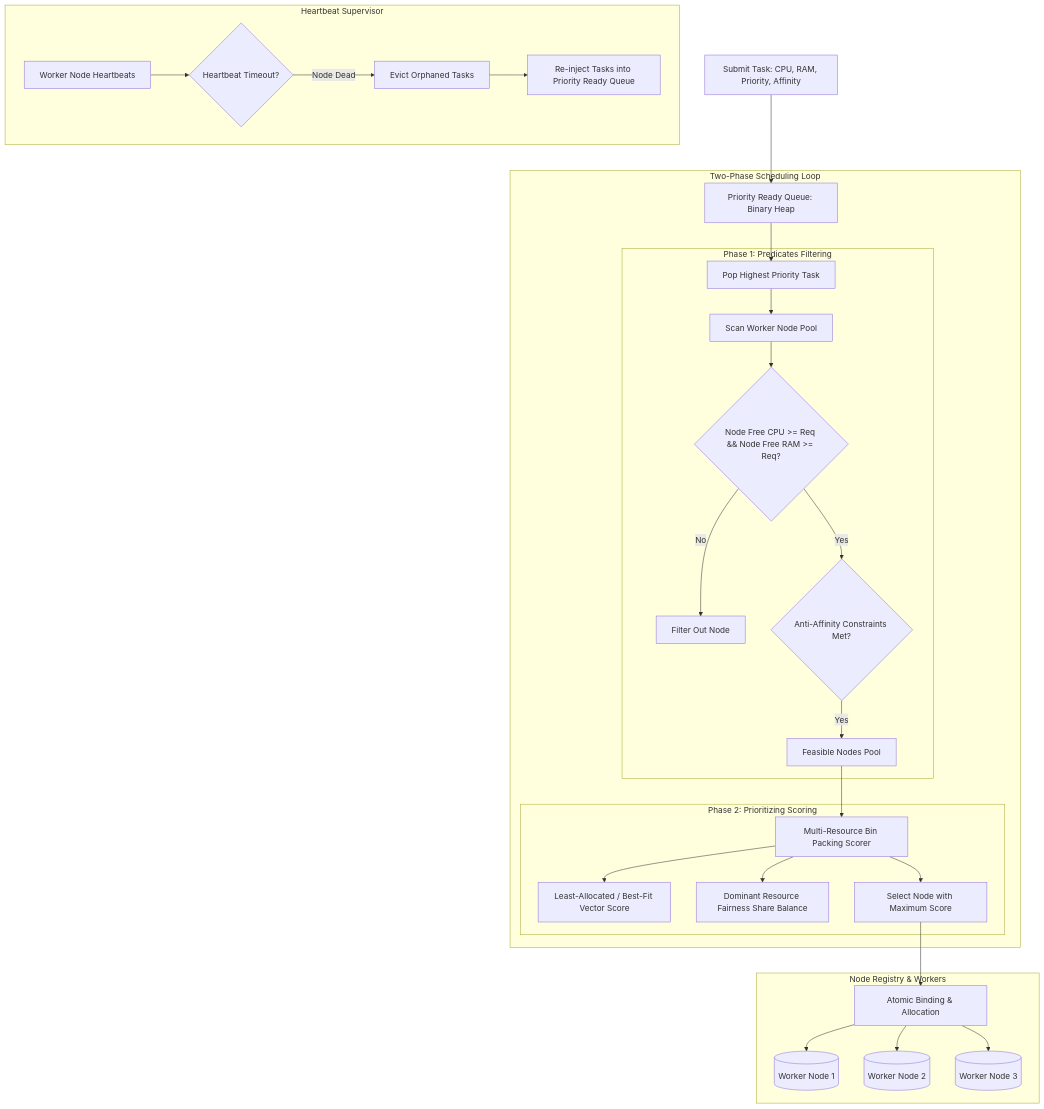
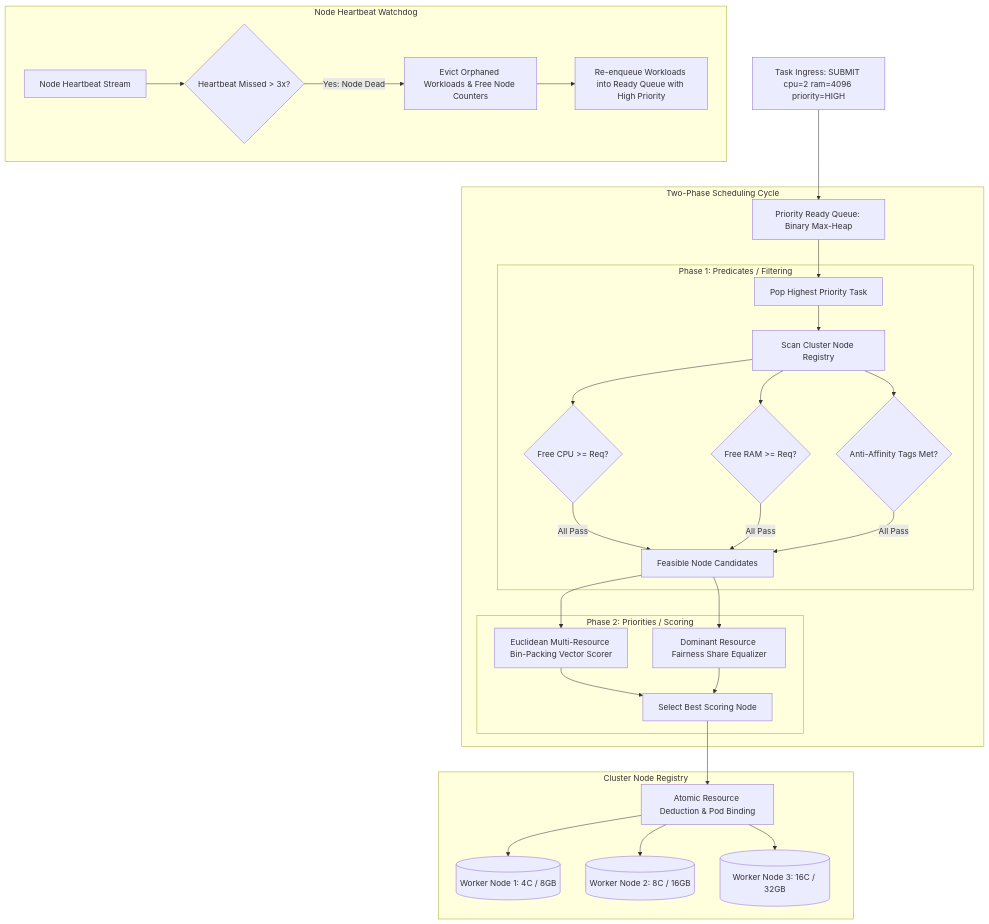
Before and after one commit to PandiaJason/ALGO: the ninth of 12 diagrams in CHALLENGES_ARCHITECTURE.md, drawn with Mermaid. The commit also changed other lines of this file and 12 other files, not shown here.

Commit message:
refactor(curriculum): reframe challenges with honest systems engineering archetypes, flowcharts, and experimental benchmarks

````diff
--- a/CHALLENGES_ARCHITECTURE.md
+++ b/CHALLENGES_ARCHITECTURE.md
@@ -601,36 +639,35 @@
 ```mermaid
 flowchart TD
-    Client[Submit Task: CPU, RAM, Priority, Affinity] --> ReadyQueue[Priority Ready Queue: Binary Heap]
+    Submit[Task Ingress: SUBMIT cpu=2 ram=4096 priority=HIGH] --> ReadyQueue[Priority Ready Queue: Binary Max-Heap]
     
-    subgraph Scheduling Pipeline [Two-Phase Scheduling Loop]
-        ReadyQueue --> Dequeue[Pop Highest Priority Task]
+    subgraph SchedulingPipeline [Two-Phase Scheduling Cycle]
+        ReadyQueue --> PopTask[Pop Highest Priority Task]
         
-        subgraph Phase 1: Predicates Filtering
-            Dequeue --> FilterNodes[Scan Worker Node Pool]
-            FilterNodes --> CapCheck{Node Free CPU >= Req && Node Free RAM >= Req?}
-            CapCheck -->|No| RejectNode[Filter Out Node]
-            CapCheck -->|Yes| AffinityCheck{Anti-Affinity Constraints Met?}
-            AffinityCheck -->|Yes| FeasibleNodes[Feasible Nodes Pool]
+        subgraph Phase1_Filter [Phase 1: Predicates / Filtering]
+            PopTask --> ScanNodes[Scan Cluster Node Registry]
+            ScanNodes --> CheckCPU{Free CPU >= Req?}
+            ScanNodes --> CheckRAM{Free RAM >= Req?}
+            ScanNodes --> CheckAffinity{Anti-Affinity Tags Met?}
+            CheckCPU & CheckRAM & CheckAffinity -->|All Pass| FeasiblePool[Feasible Node Candidates]
         end
 
-        subgraph Phase 2: Prioritizing Scoring
-            FeasibleNodes --> Scorer[Multi-Resource Bin Packing Scorer]
-            Scorer --> LeastAlloc[Least-Allocated / Best-Fit Vector Score]
-            Scorer --> DRF[Dominant Resource Fairness Share Balance]
-            Scorer --> Winner[Select Node with Maximum Score]
+        subgraph Phase2_Score [Phase 2: Priorities / Scoring]
+            FeasiblePool --> BinPackScorer[Euclidean Multi-Resource Bin-Packing Vector Scorer]
+            FeasiblePool --> DRFScorer[Dominant Resource Fairness Share Equalizer]
+            BinPackScorer & DRFScorer --> MaxScoreNode[Select Best Scoring Node]
         end
     end
 
-    subgraph Cluster State [Node Registry & Workers]
-        Winner --> Bind[Atomic Binding & Allocation]
-        Bind --> Node1[(Worker Node 1)]
-        Bind --> Node2[(Worker Node 2)]
-        Bind --> Node3[(Worker Node 3)]
+    subgraph ClusterExecution [Cluster Node Registry]
+        MaxScoreNode --> AtomicBind[Atomic Resource Deduction & Pod Binding]
+        AtomicBind --> Node1[(Worker Node 1: 4C / 8GB)]
+        AtomicBind --> Node2[(Worker Node 2: 8C / 16GB)]
+        AtomicBind --> Node3[(Worker Node 3: 16C / 32GB)]
     end
 
-    subgraph Fault Recovery [Heartbeat Supervisor]
-        Heartbeats[Worker Node Heartbeats] --> FailureDetector{Heartbeat Timeout?}
-        FailureDetector -->|Node Dead| Eviction[Evict Orphaned Tasks]
-        Eviction --> Requeue[Re-inject Tasks into Priority Ready Queue]
+    subgraph FaultResilience [Node Heartbeat Watchdog]
+        Heartbeats[Node Heartbeat Stream] --> TimeoutDetector{Heartbeat Missed > 3x?}
+        TimeoutDetector -->|Yes: Node Dead| EvictOrphans[Evict Orphaned Workloads & Free Node Counters]
+        EvictOrphans --> PriorityRequeue[Re-enqueue Workloads into Ready Queue with High Priority]
     end
 ```
````
